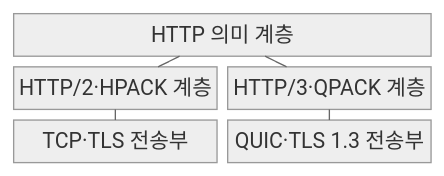
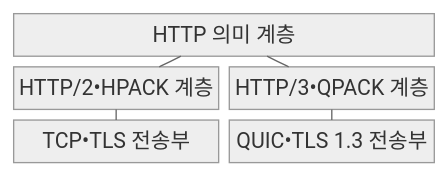
One commit to agnusdei1207/knowledge-base changed the first of 2 diagrams in src/content/docs/notes/04-network/108_http2_http3_comparison.md. Above: the diagram before and after it, drawn with Mermaid (neutral theme). The commit also changed other lines of this file and 953 other files, not shown here.

````diff
--- a/src/content/docs/notes/04-network/108_http2_http3_comparison.md
+++ b/src/content/docs/notes/04-network/108_http2_http3_comparison.md
@@ -67,13 +67,13 @@
 ```mermaid
 block-beta
     columns 2
     A["HTTP 의미 계층"]:2
-    B["HTTP/2·HPACK 계층"]
-    D["HTTP/3·QPACK 계층"]
-    C["TCP·TLS 전송부"]
-    E["QUIC·TLS 1.3 전송부"]
+    B["HTTP/2•HPACK 계층"]
+    D["HTTP/3•QPACK 계층"]
+    C["TCP•TLS 전송부"]
+    E["QUIC•TLS 1.3 전송부"]
     A --- B
     A --- D
     B --- C
     D --- E
 ```
````
